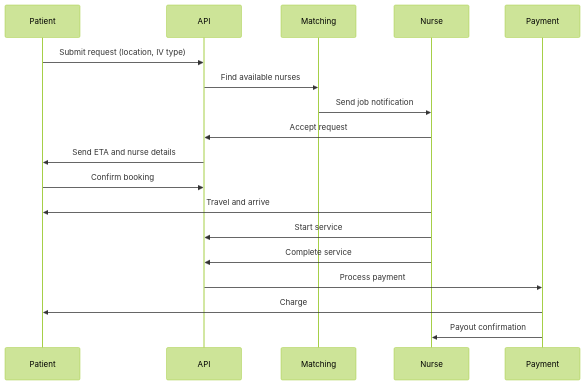
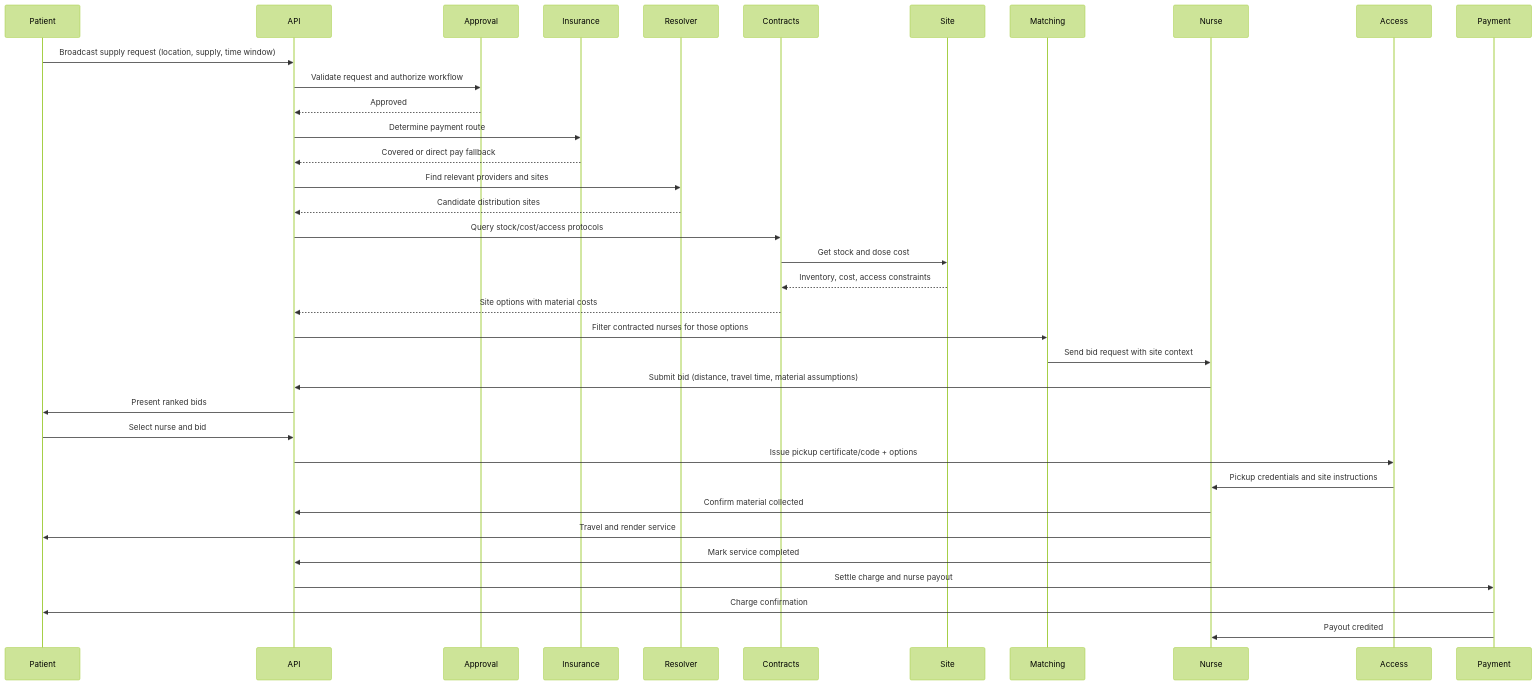
Before and after one commit to urishani/superbill-processor: the fourth of 6 diagrams in documents/models/system-architecture.md, drawn with Mermaid (forest theme). The commit also changed other lines of this file, not shown here.

````diff
--- a/documents/models/system-architecture.md
+++ b/documents/models/system-architecture.md
@@ -157,25 +227,44 @@
 ```mermaid
 sequenceDiagram
     participant Patient
     participant API
+    participant Approval
+    participant Insurance
+    participant Resolver
+    participant Contracts
+    participant Site
     participant Matching
     participant Nurse
+    participant Access
     participant Payment
 
-    Patient->>API: Submit request (location, IV type)
-    API->>Matching: Find available nurses
-    Matching->>Nurse: Send job notification
+    Patient->>API: Broadcast supply request (location, supply, time window)
+    API->>Approval: Validate request and authorize workflow
+    Approval-->>API: Approved
+    API->>Insurance: Determine payment route
+    Insurance-->>API: Covered or direct pay fallback
 
-    Nurse->>API: Accept request
-    API->>Patient: Send ETA and nurse details
+    API->>Resolver: Find relevant providers and sites
+    Resolver-->>API: Candidate distribution sites
+    API->>Contracts: Query stock/cost/access protocols
+    Contracts->>Site: Get stock and dose cost
+    Site-->>Contracts: Inventory, cost, access constraints
+    Contracts-->>API: Site options with material costs
 
-    Patient->>API: Confirm booking
+    API->>Matching: Filter contracted nurses for those options
+    Matching->>Nurse: Send bid request with site context
+    Nurse->>API: Submit bid (distance, travel time, material assumptions)
+    API->>Patient: Present ranked bids
+    Patient->>API: Select nurse and bid
 
-    Nurse->>Patient: Travel and arrive
-    Nurse->>API: Start service
-    Nurse->>API: Complete service
+    API->>Access: Issue pickup certificate/code + options
+    Access->>Nurse: Pickup credentials and site instructions
 
-    API->>Payment: Process payment
-    Payment->>Patient: Charge
-    Payment->>Nurse: Payout confirmation
+    Nurse->>API: Confirm material collected
+    Nurse->>Patient: Travel and render service
+    Nurse->>API: Mark service completed
+
+    API->>Payment: Settle charge and nurse payout
+    Payment->>Patient: Charge confirmation
+    Payment->>Nurse: Payout credited
 ```
````
